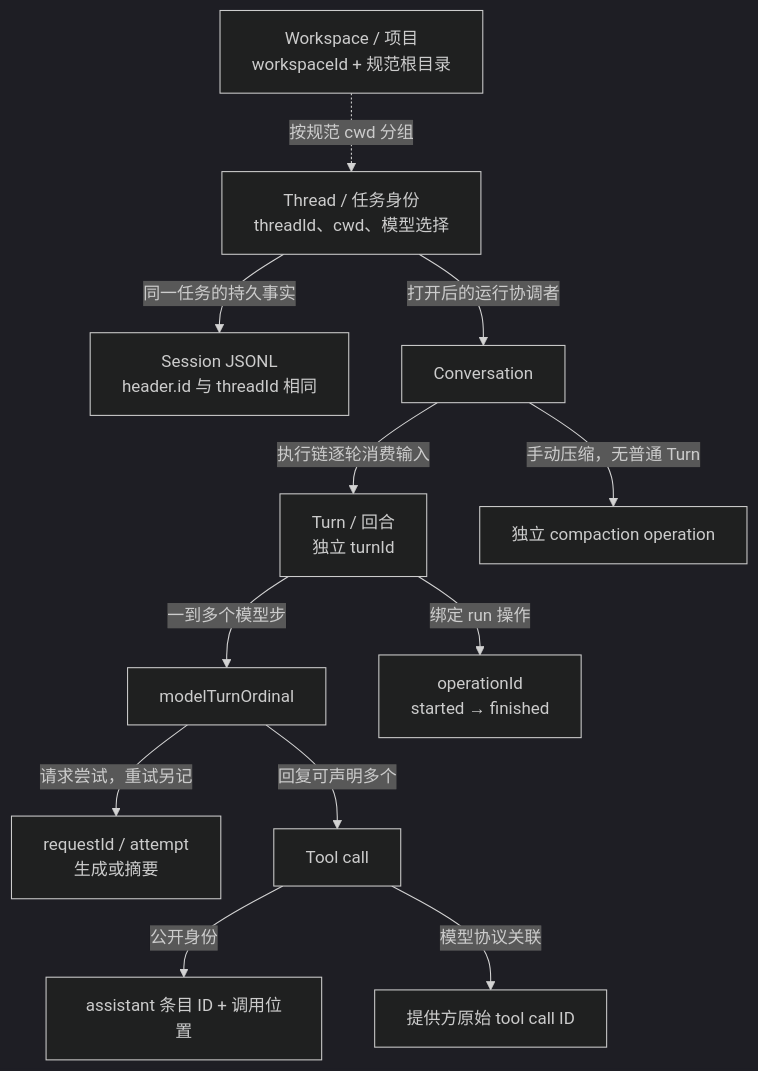
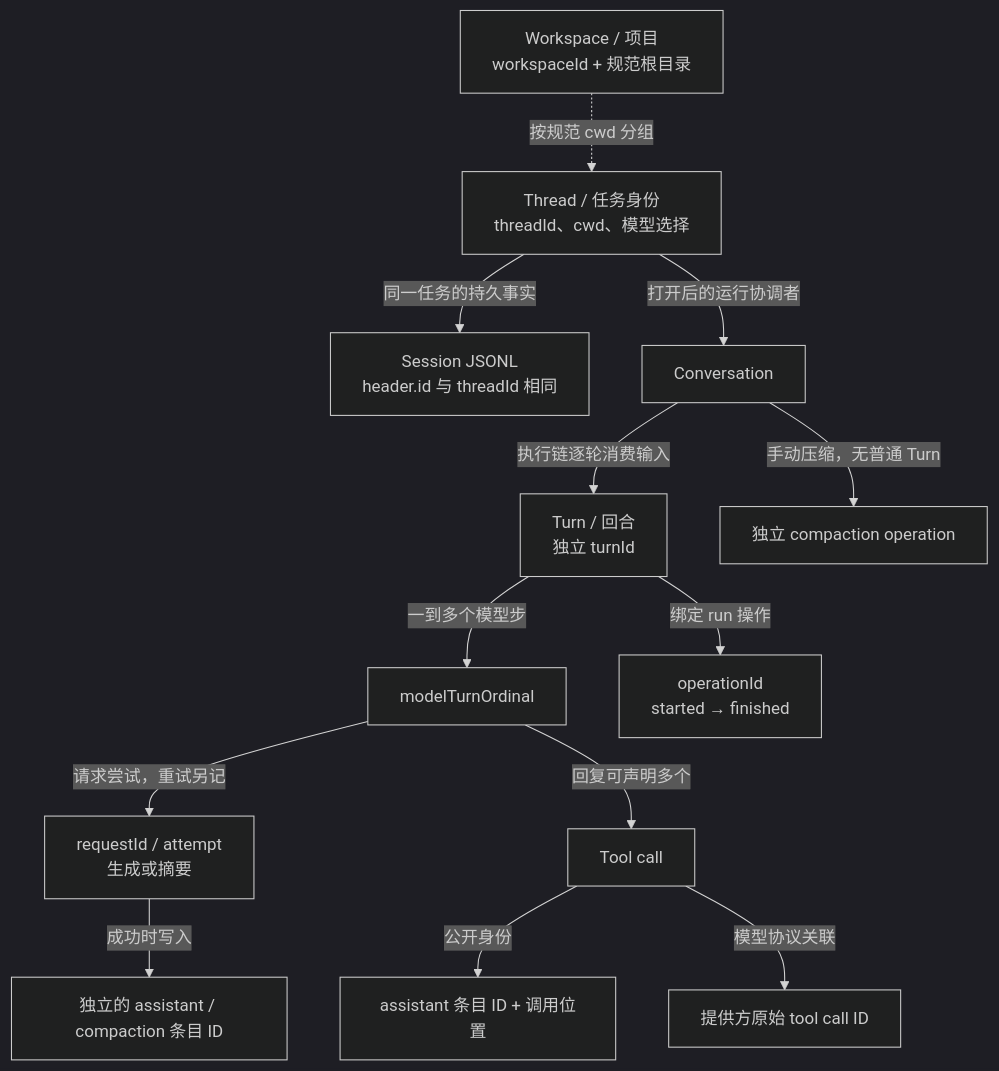
One commit to qjcnmd/singularity-agent changed the fourth of 29 diagrams in docs/architecture.md. Above: the diagram before and after it, drawn with Mermaid (dark theme). The commit also changed other lines of this file and 11 other files, not shown here.

````diff
--- a/docs/architecture.md
+++ b/docs/architecture.md
@@ -112,14 +112,15 @@
 ```mermaid
 flowchart TB
     Workspace["Workspace / 项目<br/>workspaceId + 规范根目录"] -. "按规范 cwd 分组" .-> Thread["Thread / 任务身份<br/>threadId、cwd、模型选择"]
     Thread -->|"同一任务的持久事实"| Session["Session JSONL<br/>header.id 与 threadId 相同"]
     Thread -->|"打开后的运行协调者"| Conversation["Conversation"]
     Conversation -->|"执行链逐轮消费输入"| Turn["Turn / 回合<br/>独立 turnId"]
     Turn -->|"一到多个模型步"| Step["modelTurnOrdinal"]
     Step -->|"请求尝试，重试另记"| Request["requestId / attempt<br/>生成或摘要"]
+    Request -->|"成功时写入"| Result["独立的 assistant / compaction 条目 ID"]
     Step -->|"回复可声明多个"| Call["Tool call"]
     Call -->|"公开身份"| PublicID["assistant 条目 ID + 调用位置"]
     Call -->|"模型协议关联"| ProviderID["提供方原始 tool call ID"]
     Turn -->|"绑定 run 操作"| Operation["operationId<br/>started → finished"]
     Conversation -->|"手动压缩，无普通 Turn"| CompactOp["独立 compaction operation"]
 ```
````
